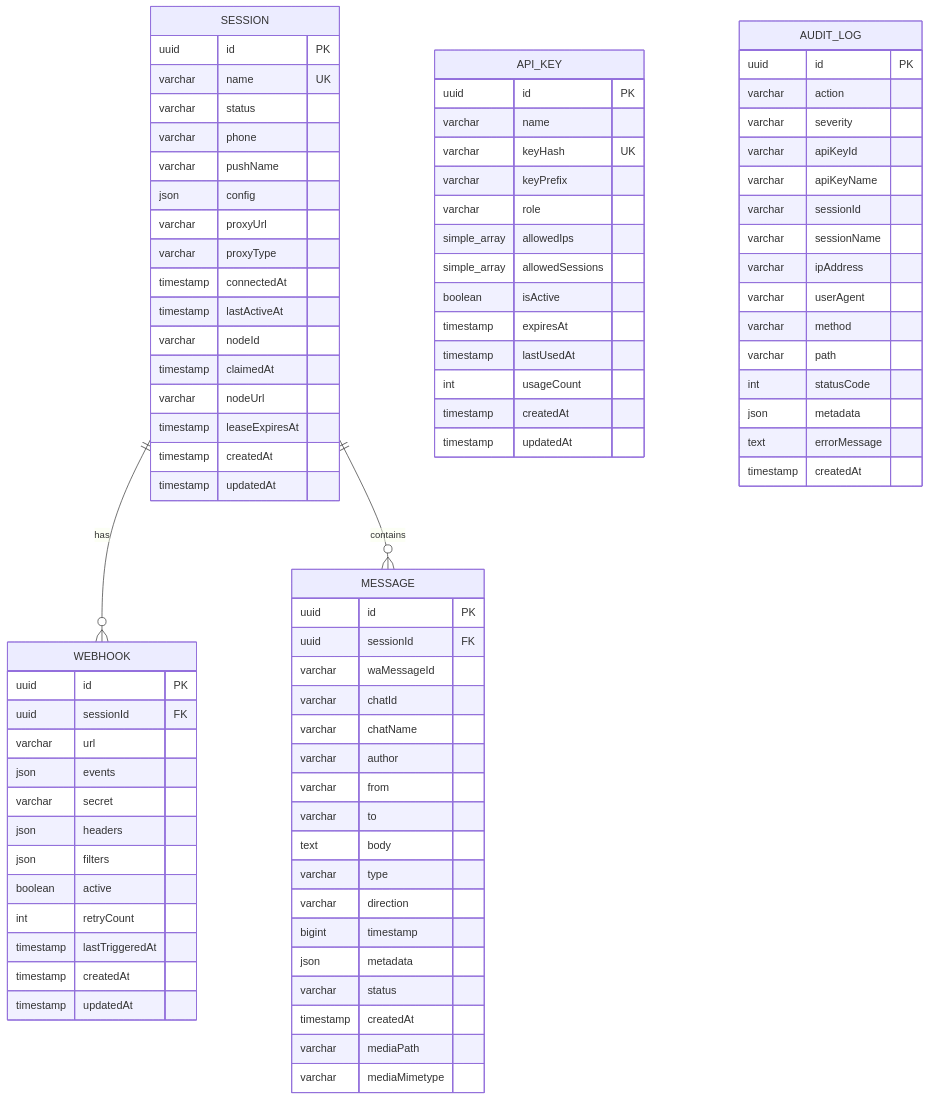
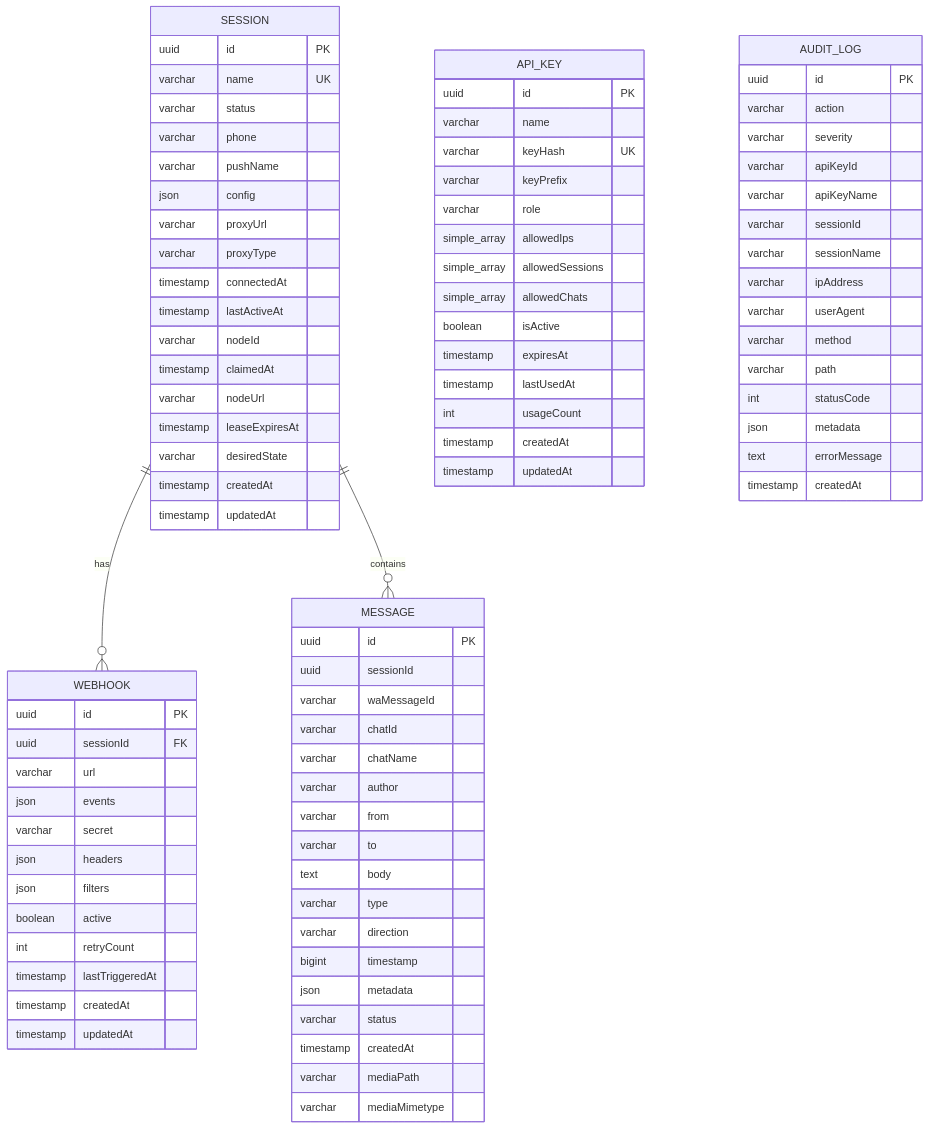
The first of 4 diagrams in ventiq_admin_app/docs_wapi/05-database-design.md (Carnaval-Team/VentIQ-seller-App), drawn with Mermaid before and after one commit. The commit also changed other lines of this file and 65 other files, not shown here.

```diff
--- a/ventiq_admin_app/docs_wapi/05-database-design.md
+++ b/ventiq_admin_app/docs_wapi/05-database-design.md
@@ -192,6 +230,7 @@
         timestamp claimedAt
         varchar nodeUrl
         timestamp leaseExpiresAt
+        varchar desiredState
         timestamp createdAt
         timestamp updatedAt
     }
@@ -213,7 +252,7 @@
 
     MESSAGE {
         uuid id PK
-        uuid sessionId FK
+        uuid sessionId
         varchar waMessageId
         varchar chatId
         varchar chatName
@@ -239,6 +278,7 @@
         varchar role
         simple_array allowedIps
         simple_array allowedSessions
+        simple_array allowedChats
         boolean isActive
         timestamp expiresAt
         timestamp lastUsedAt
```
